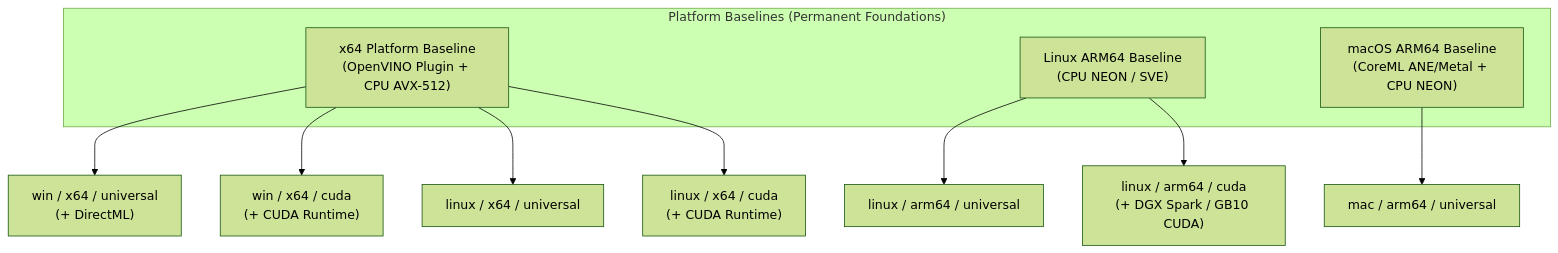
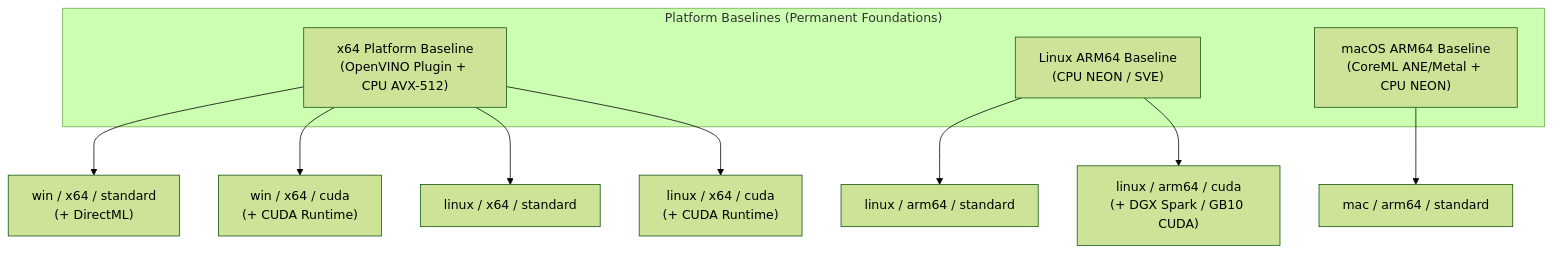
One commit to Maki-Daisuke/vcclient-forge changed the third of 3 diagrams in okf/npu-cpu-hardware-acceleration-and-universal-distribution.md. Above: the diagram before and after it, drawn with Mermaid (forest theme). The commit also changed other lines of this file and 9 other files, not shown here.

First line of the commit message:
feat(distribution): rename universal edition to standard and adopt os-arch-edition naming

````diff
--- a/okf/npu-cpu-hardware-acceleration-and-universal-distribution.md
+++ b/okf/npu-cpu-hardware-acceleration-and-universal-distribution.md
@@ -276,19 +276,19 @@
 ```mermaid
 flowchart TD
     subgraph Baselines["Platform Baselines (Permanent Foundations)"]
         B_x64["x64 Platform Baseline<br/>(OpenVINO Plugin + CPU AVX-512)"]
         B_LinA["Linux ARM64 Baseline<br/>(CPU NEON / SVE)"]
         B_Mac["macOS ARM64 Baseline<br/>(CoreML ANE/Metal + CPU NEON)"]
     end
 
-    B_x64 --> Win_Uni["win / x64 / universal<br/>(+ DirectML)"]
+    B_x64 --> Win_Std["win / x64 / standard<br/>(+ DirectML)"]
     B_x64 --> Win_CUDA["win / x64 / cuda<br/>(+ CUDA Runtime)"]
 
-    B_x64 --> LinX_Uni["linux / x64 / universal"]
+    B_x64 --> LinX_Std["linux / x64 / standard"]
     B_x64 --> LinX_CUDA["linux / x64 / cuda<br/>(+ CUDA Runtime)"]
 
-    B_LinA --> LinA_Uni["linux / arm64 / universal"]
+    B_LinA --> LinA_Std["linux / arm64 / standard"]
     B_LinA --> LinA_CUDA["linux / arm64 / cuda<br/>(+ DGX Spark / GB10 CUDA)"]
 
-    B_Mac --> Mac_Uni["mac / arm64 / universal"]
+    B_Mac --> Mac_Std["mac / arm64 / standard"]
 ```
````
